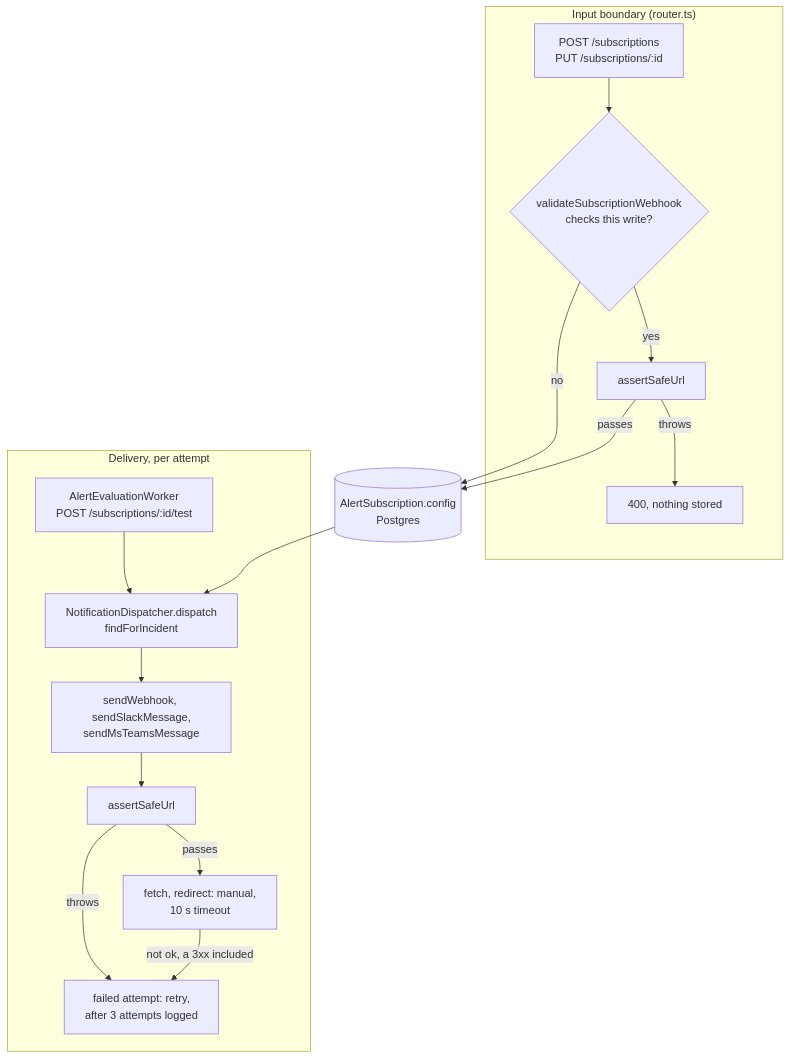
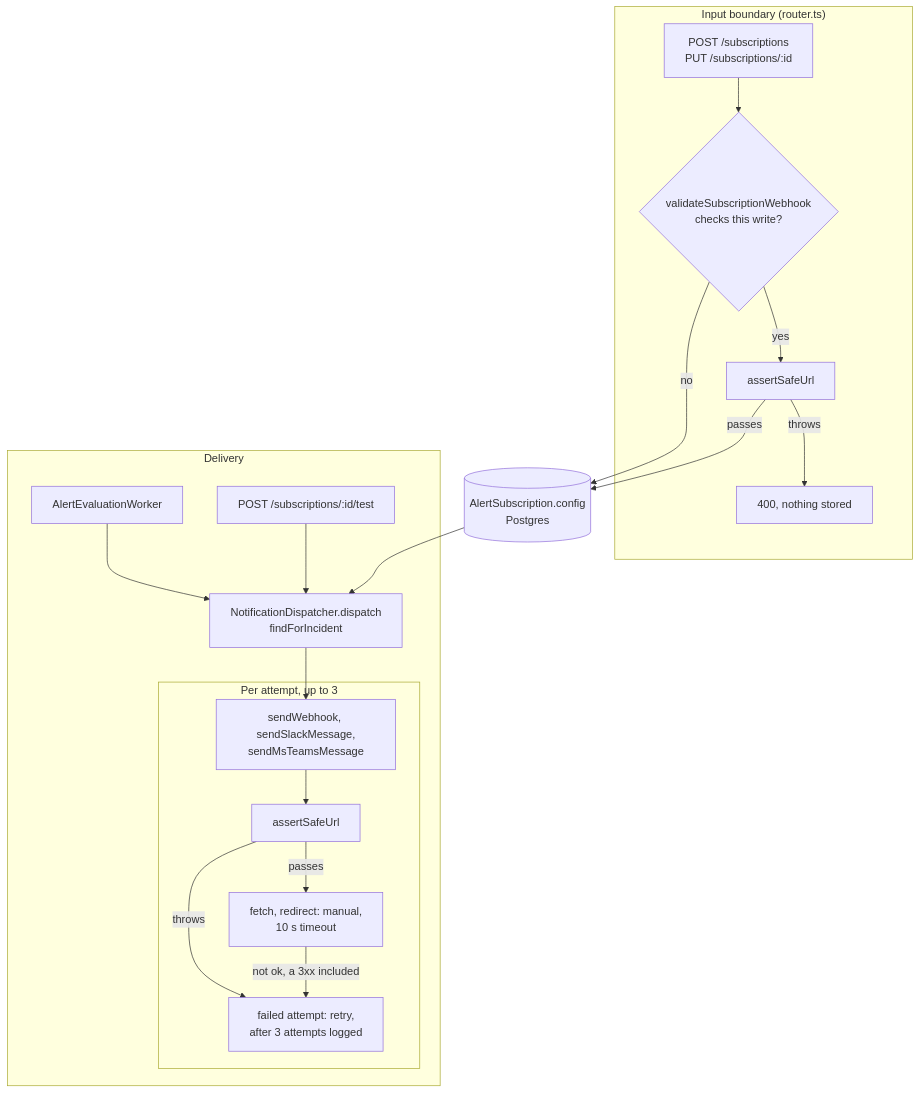
One commit to LanNguyenSi/telerithm changed the diagram in docs/okf/notification-delivery-trust-boundary.md. Above: the diagram before and after it, drawn with Mermaid. The commit also changed other lines of this file and 8 other files, not shown here.

````diff
--- a/docs/okf/notification-delivery-trust-boundary.md
+++ b/docs/okf/notification-delivery-trust-boundary.md
@@ -40,19 +40,22 @@
 ```mermaid
 flowchart TD
   subgraph input["Input boundary (router.ts)"]
     W["POST /subscriptions<br/>PUT /subscriptions/:id"] --> V{"validateSubscriptionWebhook<br/>checks this write?"}
     V -->|yes| A1["assertSafeUrl"]
     A1 -->|throws| R400["400, nothing stored"]
   end
   A1 -->|passes| DB[("AlertSubscription.config<br/>Postgres")]
   V -->|no| DB
-  subgraph delivery["Delivery, per attempt"]
-    T["AlertEvaluationWorker<br/>POST /subscriptions/:id/test"] --> F["NotificationDispatcher.dispatch<br/>findForIncident"]
-    F --> S["sendWebhook, sendSlackMessage,<br/>sendMsTeamsMessage"]
-    S --> A2["assertSafeUrl"]
-    A2 -->|passes| X["fetch, redirect: manual,<br/>10 s timeout"]
-    A2 -->|throws| RT["failed attempt: retry,<br/>after 3 attempts logged"]
-    X -->|"not ok, a 3xx included"| RT
+  subgraph delivery["Delivery"]
+    AW["AlertEvaluationWorker"] --> F["NotificationDispatcher.dispatch<br/>findForIncident"]
+    TR["POST /subscriptions/:id/test"] --> F
+    F --> S
+    subgraph attempt["Per attempt, up to 3"]
+      S["sendWebhook, sendSlackMessage,<br/>sendMsTeamsMessage"] --> A2["assertSafeUrl"]
+      A2 -->|passes| X["fetch, redirect: manual,<br/>10 s timeout"]
+      A2 -->|throws| RT["failed attempt: retry,<br/>after 3 attempts logged"]
+      X -->|"not ok, a 3xx included"| RT
+    end
   end
   DB --> F
 ```
````
